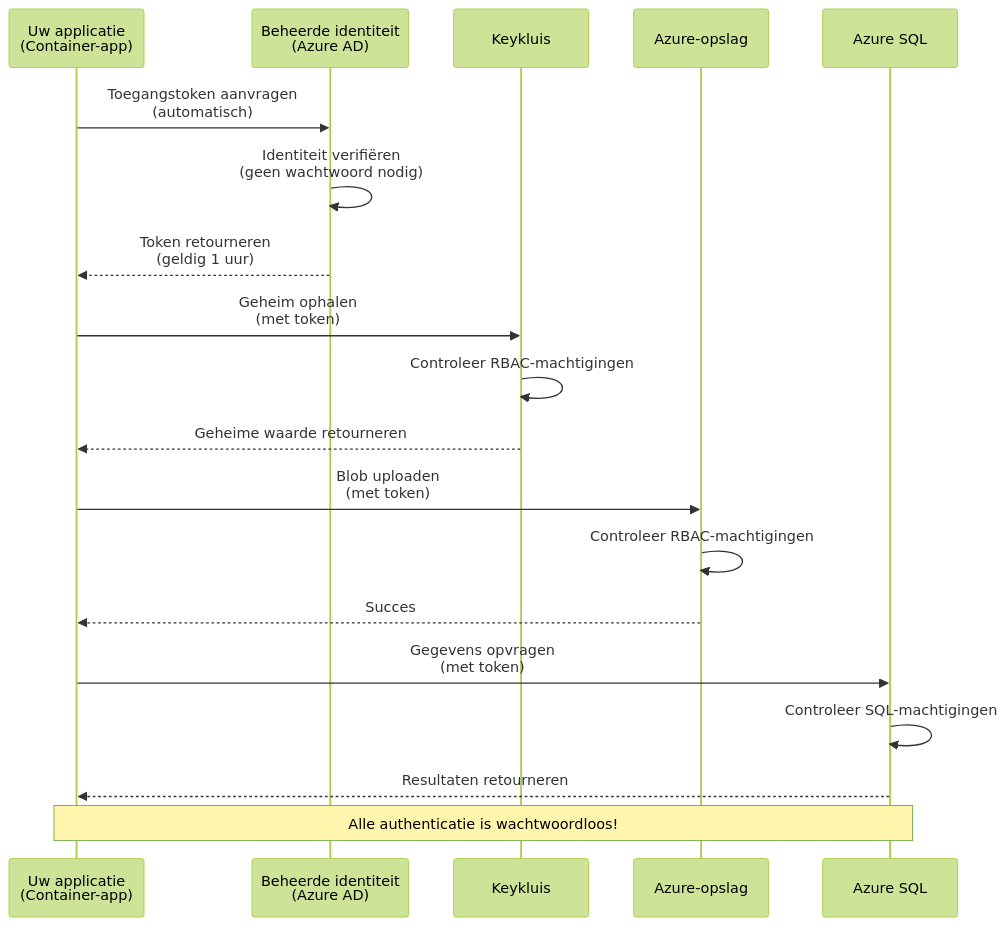
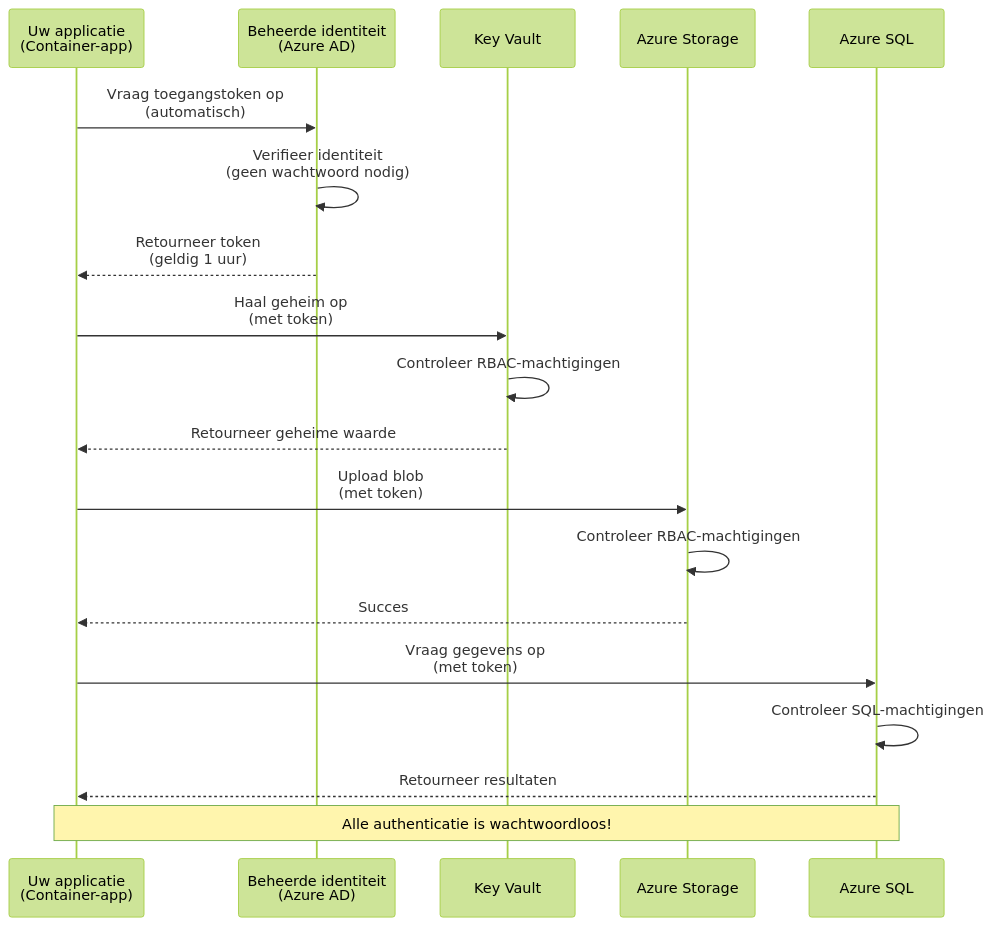
The first of 2 diagrams in translations/nl/docs/chapter-03-configuration/authsecurity.md (microsoft/AZD-for-beginners), drawn with Mermaid (forest theme) before and after one commit. The commit also changed other lines of this file and 101 other files, not shown here.

````diff
--- a/translations/nl/docs/chapter-03-configuration/authsecurity.md
+++ b/translations/nl/docs/chapter-03-configuration/authsecurity.md
@@ -69,26 +69,26 @@
 ```mermaid
 sequenceDiagram
     participant App as Uw applicatie<br/>(Container-app)
     participant MI as Beheerde identiteit<br/>(Azure AD)
-    participant KV as Keykluis
-    participant Storage as Azure-opslag
+    participant KV as Key Vault
+    participant Storage as Azure Storage
     participant DB as Azure SQL
     
-    App->>MI: Toegangstoken aanvragen<br/>(automatisch)
-    MI->>MI: Identiteit verifiëren<br/>(geen wachtwoord nodig)
-    MI-->>App: Token retourneren<br/>(geldig 1 uur)
+    App->>MI: Vraag toegangstoken op<br/>(automatisch)
+    MI->>MI: Verifieer identiteit<br/>(geen wachtwoord nodig)
+    MI-->>App: Retourneer token<br/>(geldig 1 uur)
     
-    App->>KV: Geheim ophalen<br/>(met token)
+    App->>KV: Haal geheim op<br/>(met token)
     KV->>KV: Controleer RBAC-machtigingen
-    KV-->>App: Geheime waarde retourneren
+    KV-->>App: Retourneer geheime waarde
     
-    App->>Storage: Blob uploaden<br/>(met token)
+    App->>Storage: Upload blob<br/>(met token)
     Storage->>Storage: Controleer RBAC-machtigingen
     Storage-->>App: Succes
     
-    App->>DB: Gegevens opvragen<br/>(met token)
+    App->>DB: Vraag gegevens op<br/>(met token)
     DB->>DB: Controleer SQL-machtigingen
-    DB-->>App: Resultaten retourneren
+    DB-->>App: Retourneer resultaten
     
     Note over App,DB: Alle authenticatie is wachtwoordloos!
 ```
````
